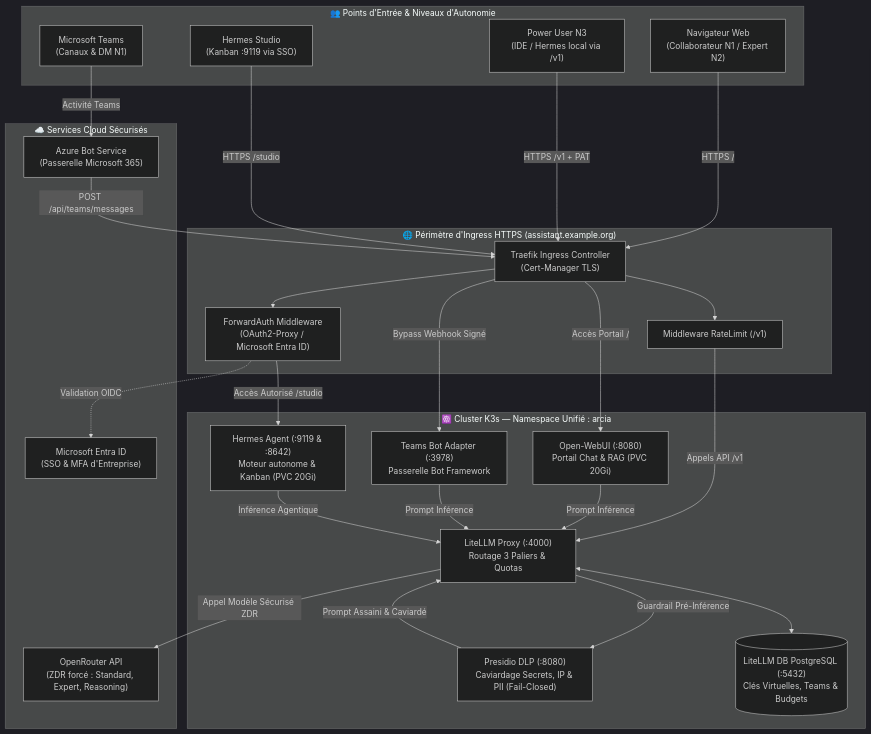
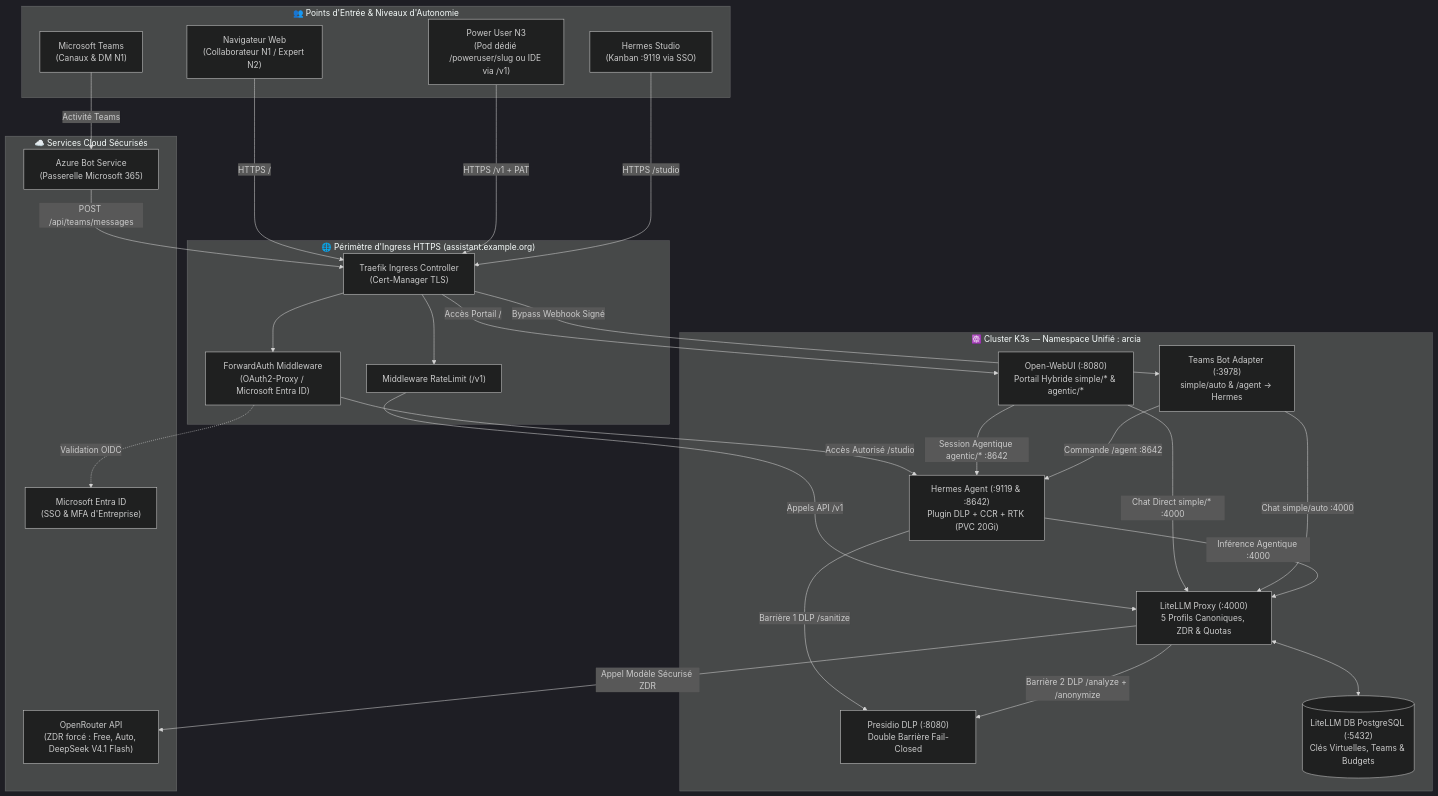
The diagram in README.md (nicolastheuil/ArcIA), drawn with Mermaid (dark theme) before and after one commit. The commit also changed other lines of this file and 86 other files, not shown here.

Commit message:
feat(release): release ArcIA v0.4 with hybrid routing, double-barrier DLP, active CCR/RTK tokenmaxing, and zero-duplication services

````diff
--- a/README.md
+++ b/README.md
@@ -84,55 +91,58 @@
 ```mermaid
 flowchart TD
     subgraph Clients ["👥 Points d'Entrée & Niveaux d'Autonomie"]
         WebUser["Navigateur Web<br/>(Collaborateur N1 / Expert N2)"]
         TeamsUser["Microsoft Teams<br/>(Canaux & DM N1)"]
-        PowerUser["Power User N3<br/>(IDE / Hermes local via /v1)"]
+        PowerUser["Power User N3<br/>(Pod dédié /poweruser/slug ou IDE via /v1)"]
         HermesDesk["Hermes Studio<br/>(Kanban :9119 via SSO)"]
     end
 
     subgraph IngressLayer ["🌐 Périmètre d'Ingress HTTPS (assistant.example.org)"]
         Traefik["Traefik Ingress Controller<br/>(Cert-Manager TLS)"]
         ForwardAuth["ForwardAuth Middleware<br/>(OAuth2-Proxy / Microsoft Entra ID)"]
         RateLimit["Middleware RateLimit (/v1)"]
     end
 
     subgraph ArcIANamespace ["☸️ Cluster K3s — Namespace Unifié : arcia"]
-        WebUI["Open-WebUI (:8080)<br/>Portail Chat & RAG (PVC 20Gi)"]
-        TeamsBot["Teams Bot Adapter (:3978)<br/>Passerelle Bot Framework"]
-        HermesAgent["Hermes Agent (:9119 & :8642)<br/>Moteur autonome & Kanban (PVC 20Gi)"]
-        PresidioDLP["Presidio DLP (:8080)<br/>Caviardage Secrets, IP & PII (Fail-Closed)"]
-        LiteLLM["LiteLLM Proxy (:4000)<br/>Routage 3 Paliers & Quotas"]
+        WebUI["Open-WebUI (:8080)<br/>Portail Hybride simple/* & agentic/*"]
+        TeamsBot["Teams Bot Adapter (:3978)<br/>simple/auto & /agent -> Hermes"]
+        HermesAgent["Hermes Agent (:9119 & :8642)<br/>Plugin DLP + CCR + RTK (PVC 20Gi)"]
+        PresidioDLP["Presidio DLP (:8080)<br/>Double Barrière Fail-Closed"]
+        LiteLLM["LiteLLM Proxy (:4000)<br/>5 Profils Canoniques, ZDR & Quotas"]
         LiteLLMDB[("LiteLLM DB PostgreSQL (:5432)<br/>Clés Virtuelles, Teams & Budgets")]
     end
 
     subgraph CloudLayer ["☁️ Services Cloud Sécurisés"]
-        OpenRouter["OpenRouter API<br/>(ZDR forcé : Standard, Expert, Reasoning)"]
+        OpenRouter["OpenRouter API<br/>(ZDR forcé : Free, Auto, DeepSeek V4.1 Flash)"]
         EntraID["Microsoft Entra ID<br/>(SSO & MFA d'Entreprise)"]
         AzureBot["Azure Bot Service<br/>(Passerelle Microsoft 365)"]
     end
 
     WebUser -->|HTTPS /| Traefik
     PowerUser -->|HTTPS /v1 + PAT| Traefik
     HermesDesk -->|HTTPS /studio| Traefik
     TeamsUser -->|Activité Teams| AzureBot
     AzureBot -->|POST /api/teams/messages| Traefik
 
     Traefik --> ForwardAuth
     ForwardAuth -.->|Validation OIDC| EntraID
     ForwardAuth -->|Accès Autorisé /studio| HermesAgent
 
     Traefik --> RateLimit
     RateLimit -->|Appels API /v1| LiteLLM
 
     Traefik -->|Accès Portail /| WebUI
     Traefik -->|Bypass Webhook Signé| TeamsBot
 
-    WebUI -->|Prompt Inférence| LiteLLM
-    TeamsBot -->|Prompt Inférence| LiteLLM
-    HermesAgent -->|Inférence Agentique| LiteLLM
+    WebUI -->|Chat Direct simple/* :4000| LiteLLM
+    WebUI -->|Session Agentique agentic/* :8642| HermesAgent
+    TeamsBot -->|Chat simple/auto :4000| LiteLLM
+    TeamsBot -->|Commande /agent :8642| HermesAgent
+
+    HermesAgent -->|Barrière 1 DLP /sanitize| PresidioDLP
+    HermesAgent -->|Inférence Agentique :4000| LiteLLM
 
     LiteLLM <--> LiteLLMDB
-    LiteLLM -->|Guardrail Pré-Inférence| PresidioDLP
-    PresidioDLP -->|Prompt Assaini & Caviardé| LiteLLM
+    LiteLLM -->|Barrière 2 DLP /analyze + /anonymize| PresidioDLP
     LiteLLM -->|Appel Modèle Sécurisé ZDR| OpenRouter
 ```
````
